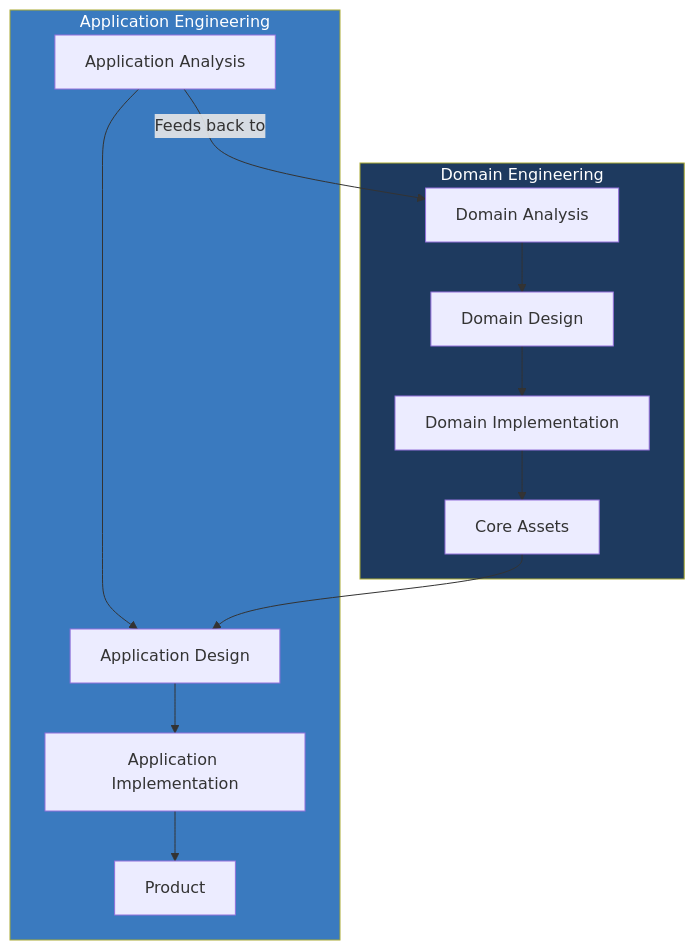
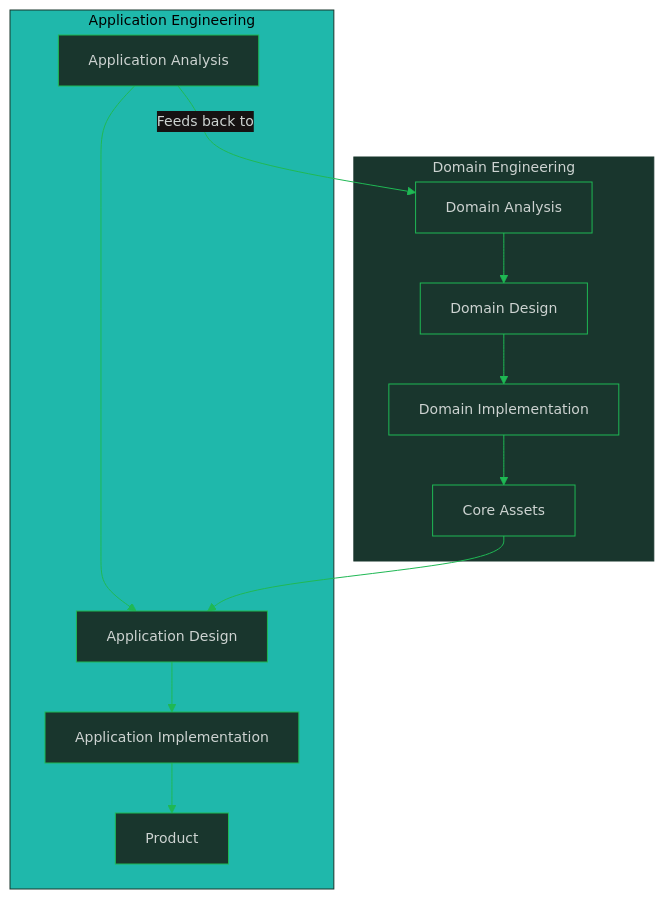
The second of 9 diagrams in software-engineering-note/03_Software_Design/09_Variability_and_Feature_Models.md (oat431/swe-knowledge), drawn with Mermaid before and after one commit. The commit also changed other lines of this file and 116 other files, not shown here.

````diff
--- a/software-engineering-note/03_Software_Design/09_Variability_and_Feature_Models.md
+++ b/software-engineering-note/03_Software_Design/09_Variability_and_Feature_Models.md
@@ -51,20 +52,21 @@
 ```mermaid
+%%{init: {'theme':'base','themeVariables':{'primaryColor':'#19362D','primaryTextColor':'#CDD3D1','primaryBorderColor':'#1FB854','lineColor':'#1FB854','secondaryColor':'#161212','tertiaryColor':'#1B1717','background':'#1B1717','mainBkg':'#19362D','nodeBorder':'#1FB854','clusterBkg':'#161212','clusterBorder':'#19362D','titleColor':'#1FB854','edgeLabelBackground':'#161212','fontSize':'14px'}}}%%
 flowchart TB
     subgraph DE["Domain Engineering"]
         DA[Domain Analysis] --> DD[Domain Design]
         DD --> DI[Domain Implementation]
         DI --> CA[Core Assets]
     end
     
     subgraph AE["Application Engineering"]
         AA[Application Analysis] --> AD[Application Design]
         AD --> AI[Application Implementation]
         AI --> P[Product]
     end
     
     CA --> AD
     AA -->|Feeds back to| DA
     
-    style DE fill:#1e3a5f,color:#fff
-    style AE fill:#3a7abf,color:#fff
+    style DE fill:#19362D,color:#CDD3D1
+    style AE fill:#1FB8AB,color:#000000
 ```
````
